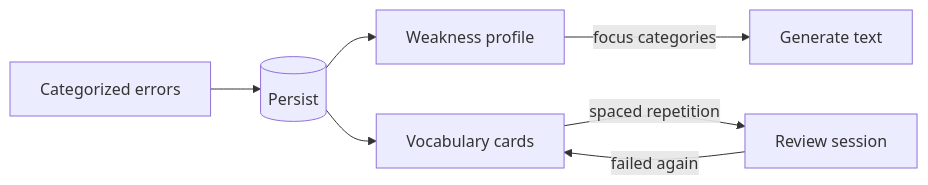
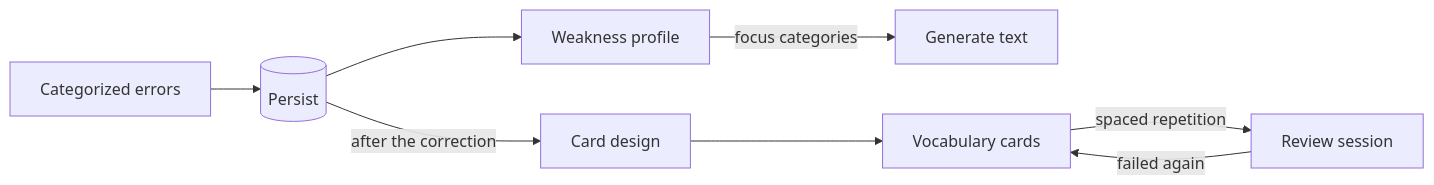
One commit to AndreBoniatti/write-right changed the second of 2 diagrams in README.md. Above: the diagram before and after it, drawn with Mermaid. The commit also changed other lines of this file and 49 other files, not shown here.

Commit message:
feat: vocabulary cards designed by their own model call, after the correction

````diff
--- a/README.md
+++ b/README.md
@@ -84,7 +84,7 @@
 ```mermaid
 flowchart LR
     E[Categorized errors] --> P[(Persist)]
     P --> W[Weakness profile] -->|focus categories| G[Generate text]
-    P --> D[Vocabulary cards] -->|spaced repetition| R[Review session]
+    P -->|after the correction| C[Card design] --> D[Vocabulary cards] -->|spaced repetition| R[Review session]
     R -->|failed again| D
 ```
````
